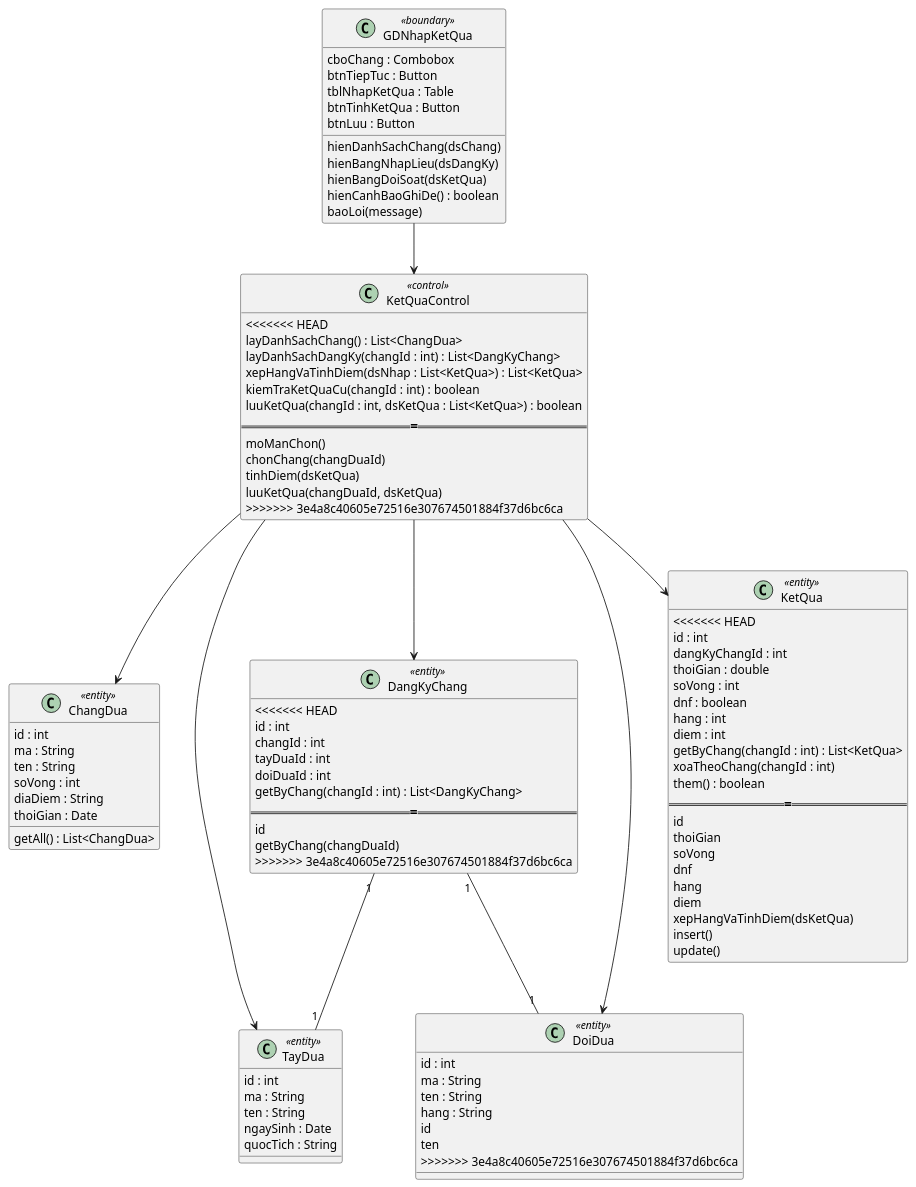
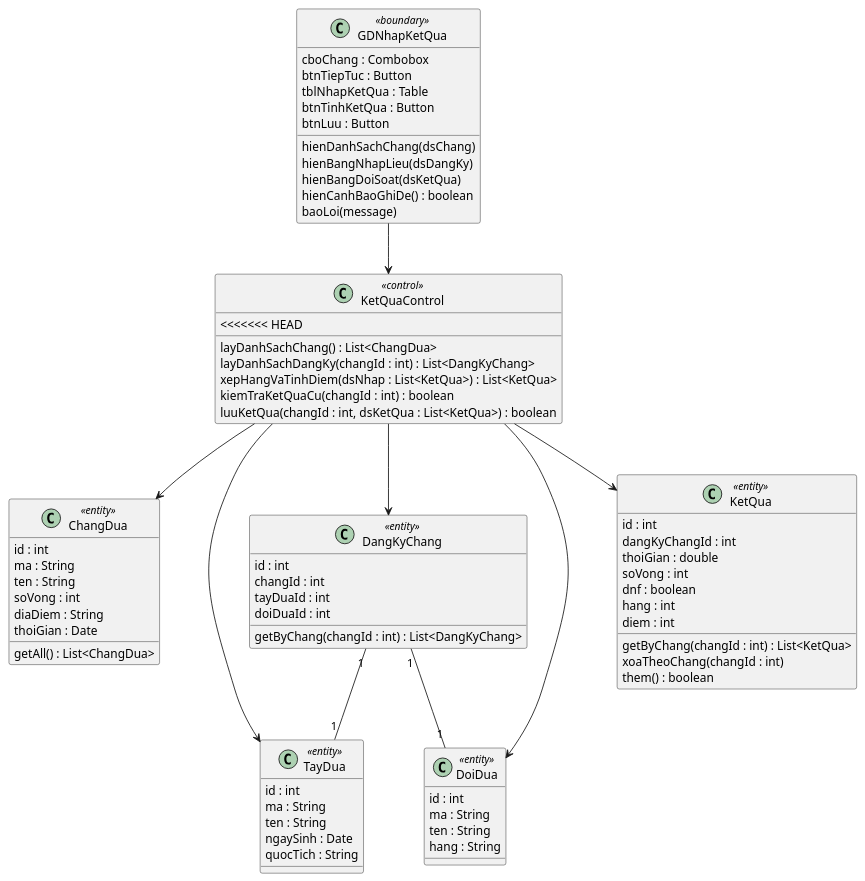
Before and after one commit to 7gho/CNPM-He2026: the third of 5 diagrams in Module 3 - Kiet/noi-dung.md, drawn with PlantUML. The commit also changed other lines of this file, not shown here.

```diff
--- a/Module 3 - Kiet/noi-dung.md
+++ b/Module 3 - Kiet/noi-dung.md
@@ -128,12 +122,6 @@
   xepHangVaTinhDiem(dsNhap : List<KetQua>) : List<KetQua>
   kiemTraKetQuaCu(changId : int) : boolean
   luuKetQua(changId : int, dsKetQua : List<KetQua>) : boolean
-=======
-  moManChon()
-  chonChang(changDuaId)
-  tinhDiem(dsKetQua)
-  luuKetQua(changDuaId, dsKetQua)
->>>>>>> 3e4a8c40605e72516e307674501884f37d6bc6ca
 }
 
 class ChangDua <<entity>> {
@@ -147,16 +135,11 @@
 }
 
 class DangKyChang <<entity>> {
-<<<<<<< HEAD
   id : int
   changId : int
   tayDuaId : int
   doiDuaId : int
   getByChang(changId : int) : List<DangKyChang>
-=======
-  id
-  getByChang(changDuaId)
->>>>>>> 3e4a8c40605e72516e307674501884f37d6bc6ca
 }
 
 class TayDua <<entity>> {
@@ -175,7 +158,6 @@
 }
 
 class KetQua <<entity>> {
-<<<<<<< HEAD
   id : int
   dangKyChangId : int
   thoiGian : double
@@ -186,21 +168,6 @@
   getByChang(changId : int) : List<KetQua>
   xoaTheoChang(changId : int)
   them() : boolean
-=======
-  id
-  thoiGian
-  soVong
-  dnf
-  hang
-  diem
-  xepHangVaTinhDiem(dsKetQua)
-  insert()
-  update()
-}
-class DoiDua <<entity>> {
-  id
-  ten
->>>>>>> 3e4a8c40605e72516e307674501884f37d6bc6ca
 }
 
 GDNhapKetQua --> KetQuaControl
```
